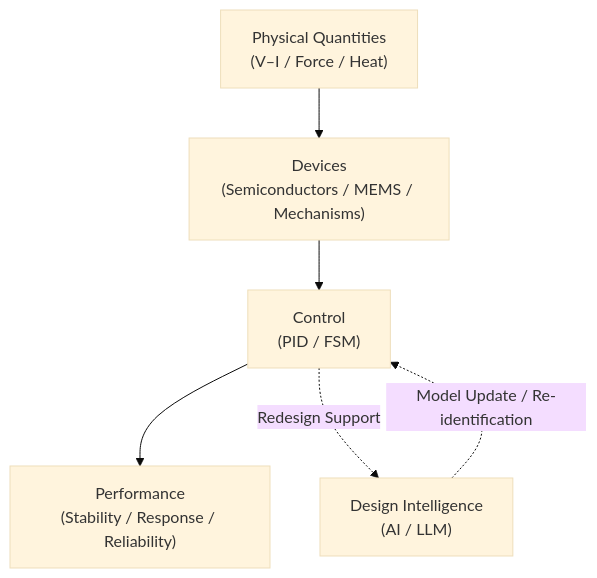
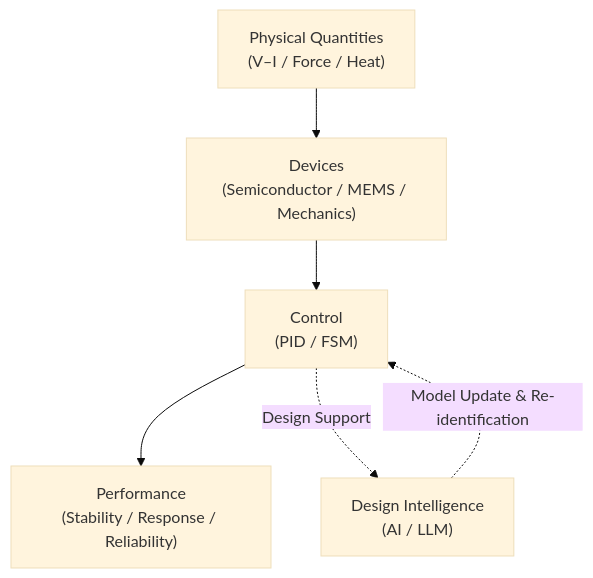
The diagram in en/index.md (Samizo-AITL/Samizo-AITL.github.io), drawn with Mermaid (base theme) before and after one commit. The commit also changed other lines of this file, not shown here.

````diff
--- a/en/index.md
+++ b/en/index.md
@@ -30,14 +30,14 @@
 ```mermaid
 flowchart TD
     P["Physical Quantities<br>(V–I / Force / Heat)"]
-    D["Devices<br>(Semiconductors / MEMS / Mechanisms)"]
+    D["Devices<br>(Semiconductor / MEMS / Mechanics)"]
     C["Control<br>(PID / FSM)"]
     A["Design Intelligence<br>(AI / LLM)"]
     S["Performance<br>(Stability / Response / Reliability)"]
 
     P --> D
     D --> C
     C --> S
-    C -. Redesign Support .-> A
-    A -. Model Update / Re-identification .-> C
+    C -. Design Support .-> A
+    A -. Model Update & Re-identification .-> C
 ```
````
